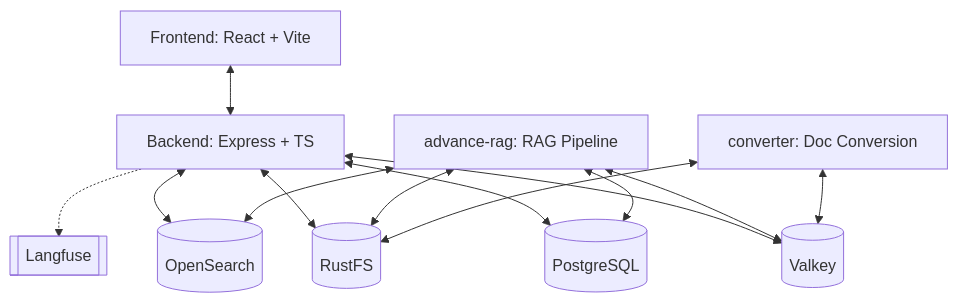
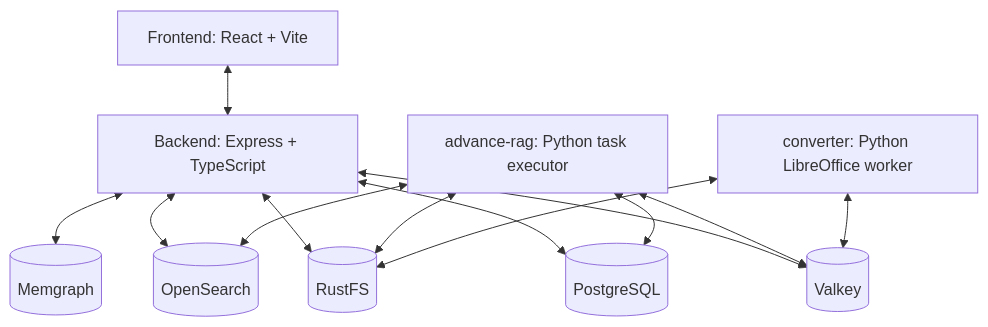
The diagram in README.md (b-knowledge-solution/b-knowledge), drawn with Mermaid before and after one commit. The commit also changed other lines of this file and 38 other files, not shown here.

Commit message:
feat: Implement project management, chat, dataset, memory, agents, and API keys features with new UI components, backend services, and initial database schema, alongside updating the README.

````diff
--- a/README.md
+++ b/README.md
@@ -30,25 +16,25 @@
 ```mermaid
 graph TD
-    Client[Frontend: React + Vite]
-    BE[Backend: Express + TS]
-    Worker[advance-rag: RAG Pipeline]
-    Converter[converter: Doc Conversion]
-    DB[(PostgreSQL)]
-    Valkey[(Valkey)]
-    RustFS[(RustFS)]
-    OpenSearch[(OpenSearch)]
-    Langfuse[[Langfuse]]
+    FE[Frontend: React + Vite]
+    BE[Backend: Express + TypeScript]
+    RAG[advance-rag: Python task executor]
+    CONV[converter: Python LibreOffice worker]
+    PG[(PostgreSQL)]
+    VK[(Valkey)]
+    OS[(OpenSearch)]
+    S3[(RustFS)]
+    MG[(Memgraph)]
 
-    Client <--> BE
-    BE <--> DB
-    BE <--> Valkey
-    BE <--> RustFS
-    BE <--> OpenSearch
-    BE -.-> Langfuse
-    Worker <--> DB
-    Worker <--> Valkey
-    Worker <--> RustFS
-    Worker <--> OpenSearch
-    Converter <--> Valkey
-    Converter <--> RustFS
+    FE <--> BE
+    BE <--> PG
+    BE <--> VK
+    BE <--> OS
+    BE <--> S3
+    BE <--> MG
+    RAG <--> PG
+    RAG <--> VK
+    RAG <--> OS
+    RAG <--> S3
+    CONV <--> VK
+    CONV <--> S3
 ```
````
